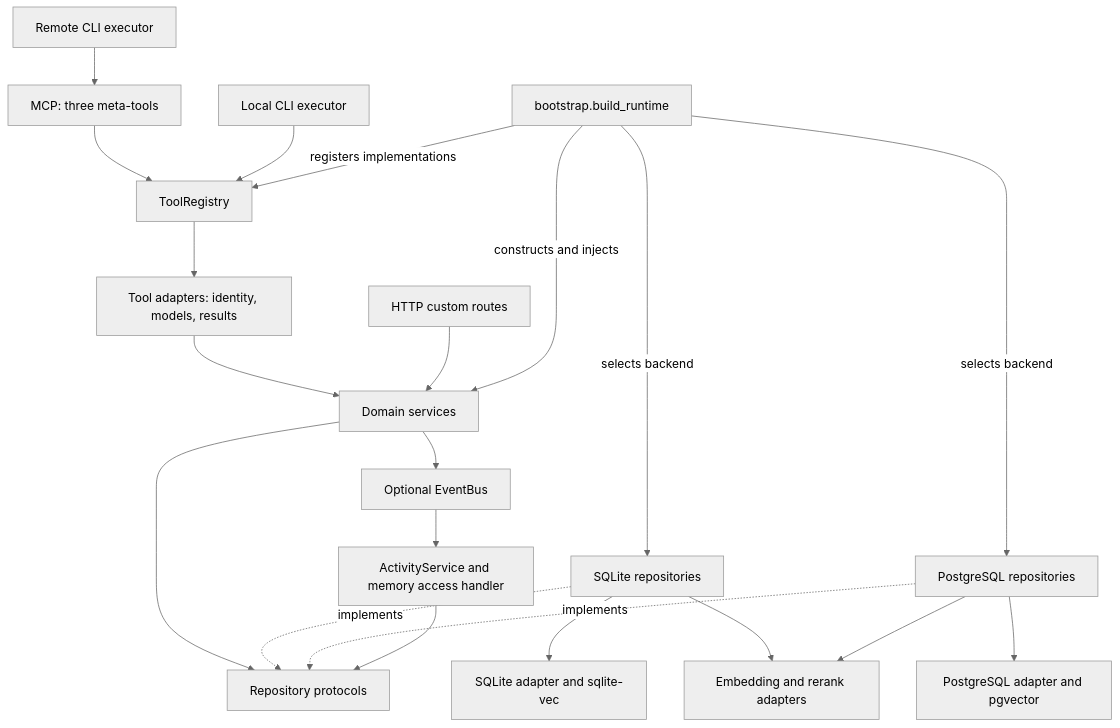
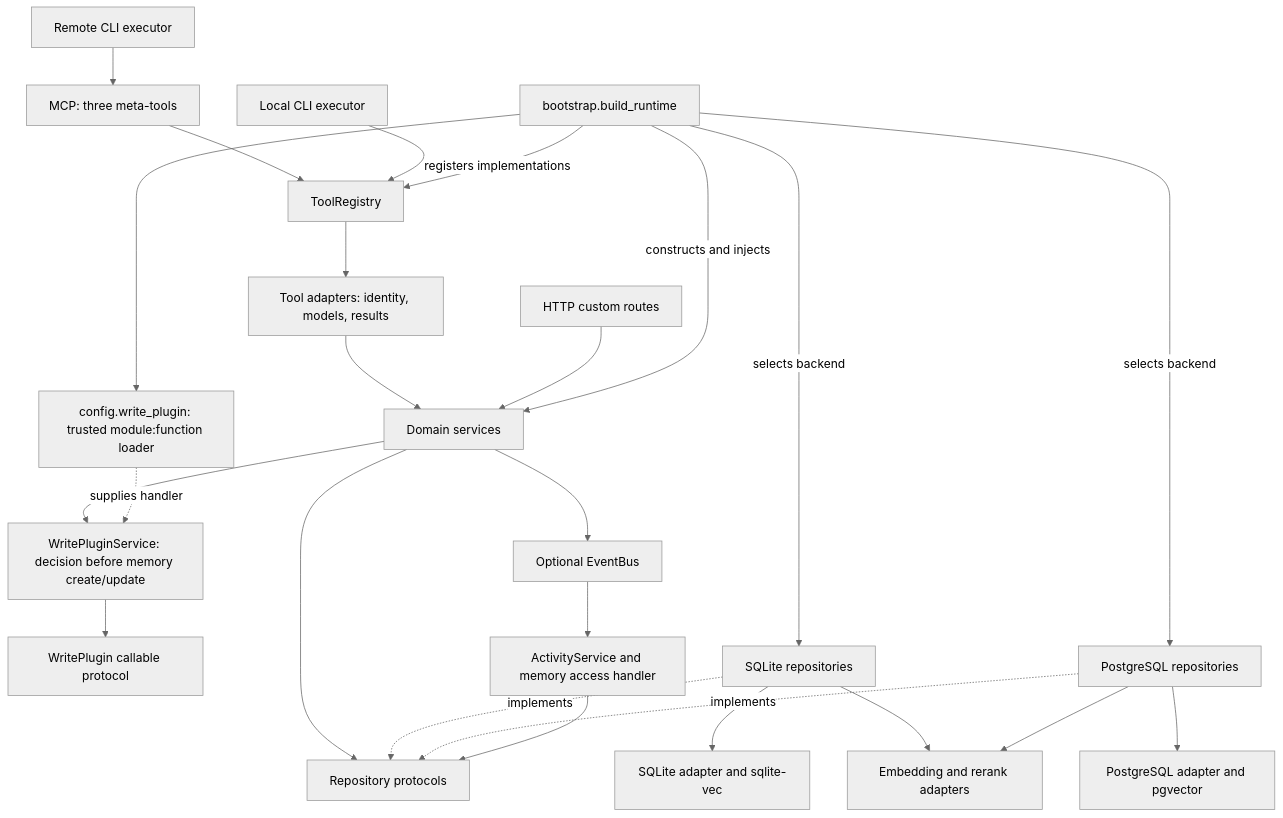
One commit to ScottRBK/forgetful changed the diagram in architecture.md. Above: the diagram before and after it, drawn with Mermaid (neutral theme). The commit also changed other lines of this file and 33 other files, not shown here.

First line of the commit message:
feat: add a Memory Write Plugin for create and update (#97)

````diff
--- a/architecture.md
+++ b/architecture.md
@@ -17,23 +17,27 @@
 ```mermaid
 flowchart TD
     MCP["MCP: three meta-tools"] --> Registry["ToolRegistry"]
     Local["Local CLI executor"] --> Registry
     Remote["Remote CLI executor"] --> MCP
     Registry --> ToolAdapters["Tool adapters: identity, models, results"]
     ToolAdapters --> Services["Domain services"]
     HTTP["HTTP custom routes"] --> Services
     Services --> Contracts["Repository protocols"]
+    Services --> WritePlugin["WritePluginService: decision before memory create/update"]
+    WritePlugin --> Callable["WritePlugin callable protocol"]
+    Bootstrap --> Loader["config.write_plugin: trusted module:function loader"]
+    Loader -. supplies handler .-> WritePlugin
     SQLite["SQLite repositories"] -. implements .-> Contracts
     Postgres["PostgreSQL repositories"] -. implements .-> Contracts
     SQLite --> SQLiteDB["SQLite adapter and sqlite-vec"]
     Postgres --> PostgresDB["PostgreSQL adapter and pgvector"]
     SQLite --> Providers["Embedding and rerank adapters"]
     Postgres --> Providers
     Services --> Events["Optional EventBus"]
     Events --> Activity["ActivityService and memory access handler"]
     Activity --> Contracts
     Bootstrap["bootstrap.build_runtime"] -->|constructs and injects| Services
     Bootstrap -->|registers implementations| Registry
     Bootstrap -->|selects backend| SQLite
     Bootstrap -->|selects backend| Postgres
 ```
````
